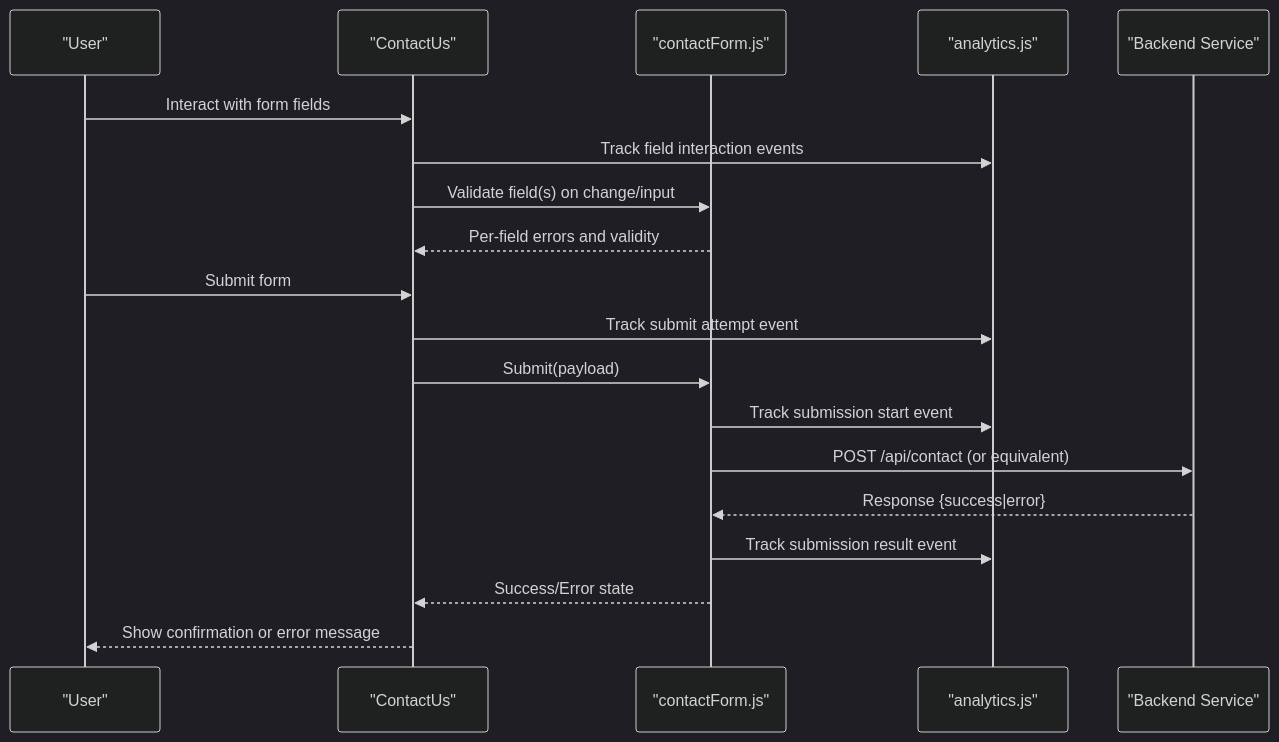
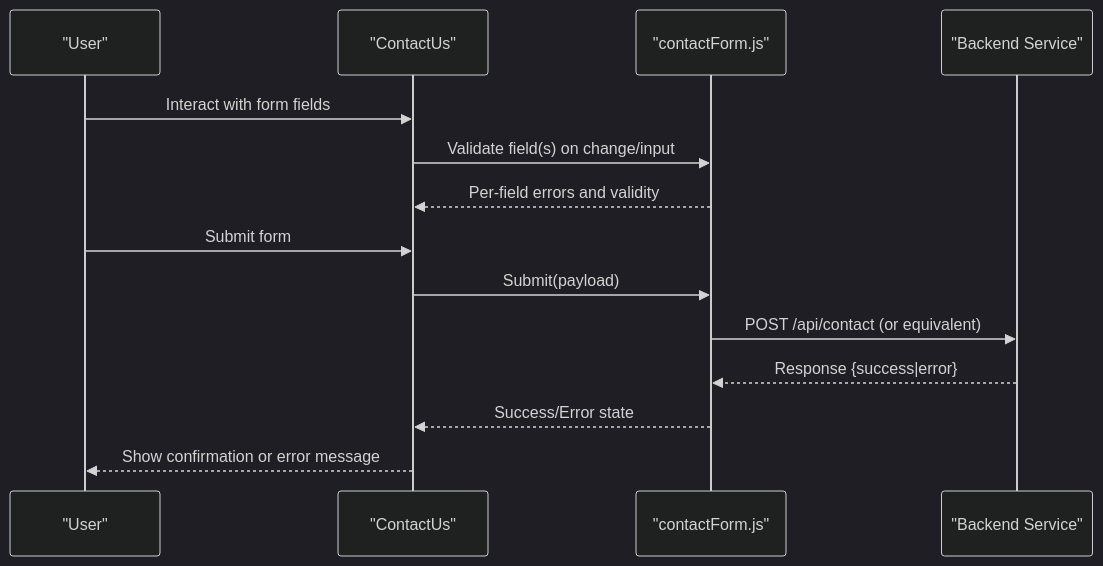
Before and after one commit to Theja4/podiummomentum: the second of 3 diagrams in .qoder/repowiki/en/content/Component Architecture/Contact System Components.md, drawn with Mermaid (dark theme). The commit also changed other lines of this file and 35 other files, not shown here.

````diff
--- a/.qoder/repowiki/en/content/Component Architecture/Contact System Components.md
+++ b/.qoder/repowiki/en/content/Component Architecture/Contact System Components.md
@@ -97,21 +89,16 @@
 ```mermaid
 sequenceDiagram
 participant U as "User"
 participant UI as "ContactUs"
 participant F as "contactForm.js"
-participant A as "analytics.js"
 participant API as "Backend Service"
 U->>UI : Interact with form fields
-UI->>A : Track field interaction events
 UI->>F : Validate field(s) on change/input
 F-->>UI : Per-field errors and validity
 U->>UI : Submit form
-UI->>A : Track submit attempt event
 UI->>F : Submit(payload)
-F->>A : Track submission start event
 F->>API : POST /api/contact (or equivalent)
 API-->>F : Response {success|error}
-F->>A : Track submission result event
 F-->>UI : Success/Error state
 UI-->>U : Show confirmation or error message
 ```
````
